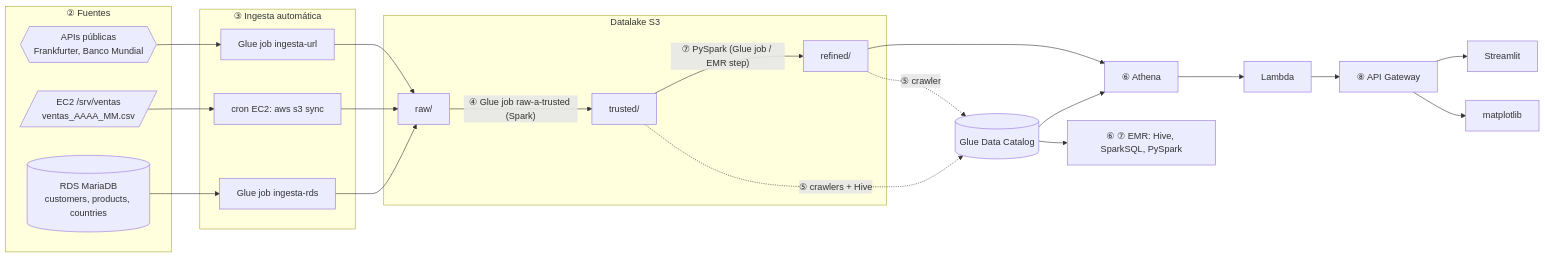
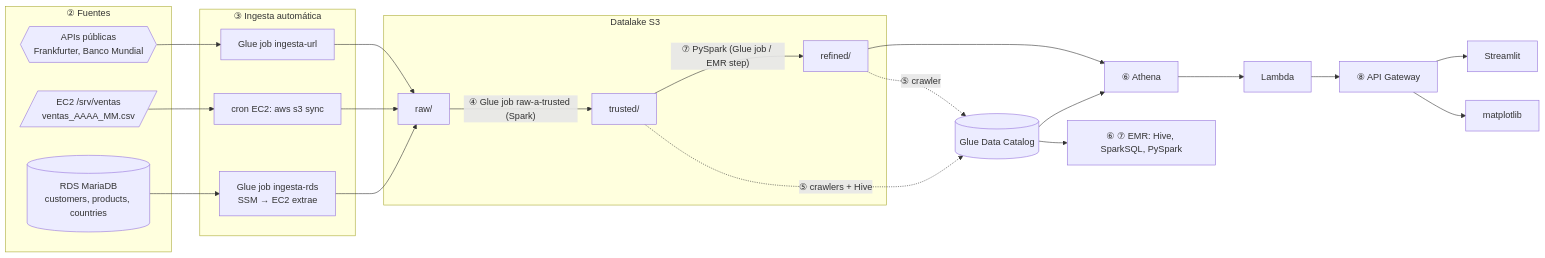
The diagram in README.md (Nicolaszj/Proyecto-2-Sistemas-Distribuidos), drawn with Mermaid before and after one commit. The commit also changed other lines of this file and 66 other files, not shown here.

Commit message:
Ingesta RDS via SSM, evidencias E01-E28 y documentacion actualizada

````diff
--- a/README.md
+++ b/README.md
@@ -60,28 +60,28 @@
 ```mermaid
 flowchart LR
   subgraph Fuentes["② Fuentes"]
     RDS[(RDS MariaDB<br/>customers, products, countries)]
     EC2[/EC2 /srv/ventas<br/>ventas_AAAA_MM.csv/]
     URL{{APIs públicas<br/>Frankfurter, Banco Mundial}}
   end
   subgraph Ingesta["③ Ingesta automática"]
-    J1[Glue job ingesta-rds]
+    J1[Glue job ingesta-rds<br/>SSM → EC2 extrae]
     CRON[cron EC2: aws s3 sync]
     J2[Glue job ingesta-url]
   end
   subgraph S3["Datalake S3"]
     RAW[raw/]
     TR[trusted/]
     REF[refined/]
   end
   RDS --> J1 --> RAW
   EC2 --> CRON --> RAW
   URL --> J2 --> RAW
   RAW -- "④ Glue job raw-a-trusted (Spark)" --> TR
   TR -- "⑦ PySpark (Glue job / EMR step)" --> REF
   TR -. "⑤ crawlers + Hive" .-> CAT[(Glue Data Catalog)]
   REF -. "⑤ crawler" .-> CAT
   CAT --> ATH["⑥ Athena"] & EMR["⑥ ⑦ EMR: Hive, SparkSQL, PySpark"]
   REF --> ATH
   ATH --> LAM[Lambda] --> APIGW["⑧ API Gateway"] --> ST[Streamlit] & MPL[matplotlib]
 ```
````
